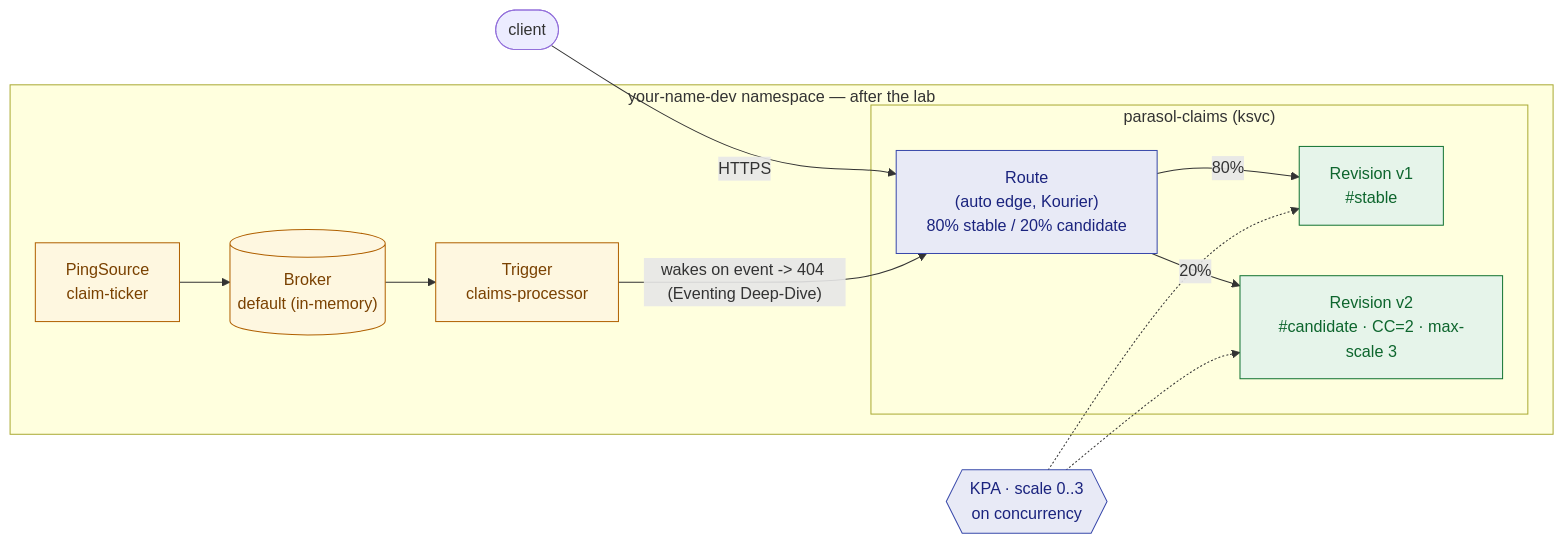
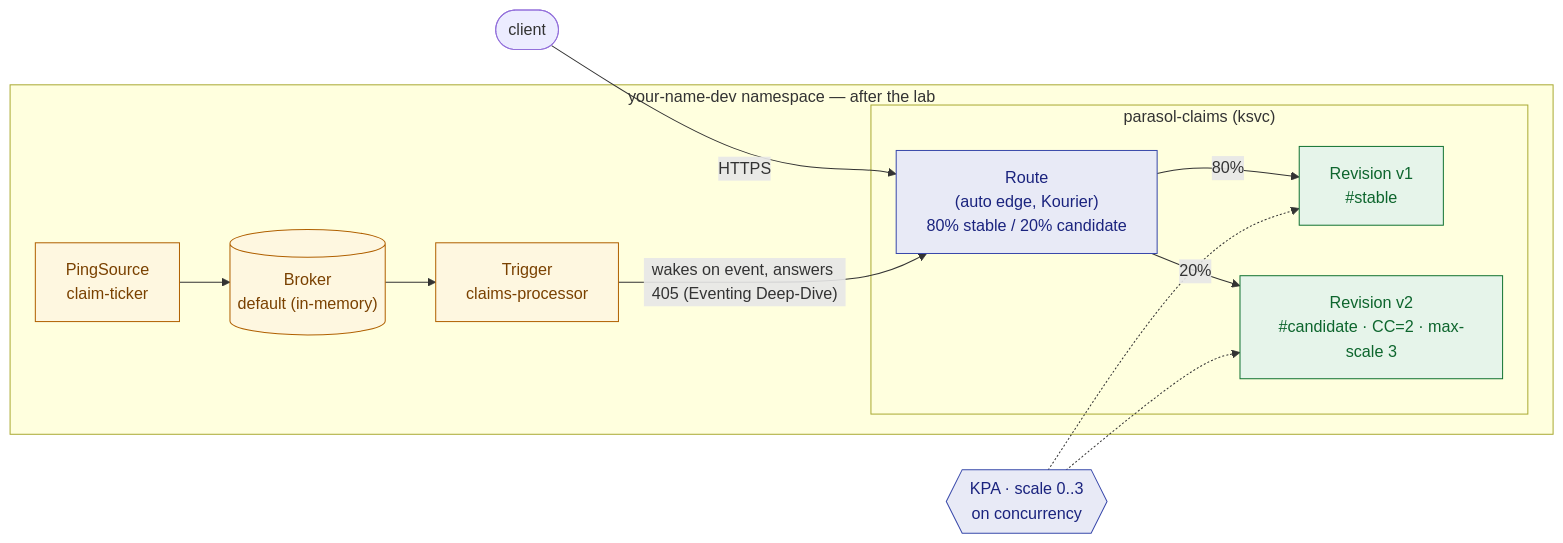
One commit to serhat-dirik/OCP-Getting-Started-Revamped changed the diagram in content/modules/ROOT/examples/diagrams/serverless-zero-to-hero/03-what-you-built.mmd. Above: the diagram before and after it, drawn with Mermaid. The commit also changed 8 other files, not shown here.

First line of the commit message:
feat(serverless-zero-to-hero): engagement pattern — goal-first exercises, act-then-explain, diagrams, checkpoints

```diff
--- a/content/modules/ROOT/examples/diagrams/serverless-zero-to-hero/03-what-you-built.mmd
+++ b/content/modules/ROOT/examples/diagrams/serverless-zero-to-hero/03-what-you-built.mmd
@@ -1,29 +1,29 @@
 %% What you built — Serverless Zero-to-Hero.
 %% The Parasol claims-processor ksvc (Route + Revisions v1/v2) and its eventing taste
 %% (PingSource -> Broker -> Trigger), all living in the attendee namespace after the lab, with
 %% the client and the KPA autoscaler as the two outside actors reaching in.
 %% Resized 2026-08-22: intrinsic 838x745 (h/w 0.89, rendered 900x800 at a fine 1.07x text — no
 %% text-scale problem here). Pure aspect-ratio fix, `graph TB` -> `graph LR`, nothing else
 %% touched: this diagram shares its object vocabulary with the sibling
 %% 01-request-driven-compute.mmd in this same folder, which already uses top-level `graph LR`
 %% (subgraphs inheriting it, no explicit per-subgraph direction) and was not flagged for resize.
 graph LR
   subgraph ns["your-name-dev namespace — after the lab"]
     subgraph ksvc["parasol-claims (ksvc)"]
       route["Route<br/>(auto edge, Kourier)<br/>80% stable / 20% candidate"]
       v1["Revision v1<br/>#stable"]
       v2["Revision v2<br/>#candidate · CC=2 · max-scale 3"]
     end
     ping["PingSource<br/>claim-ticker"] --> broker[("Broker<br/>default (in-memory)")]
     broker --> trig["Trigger<br/>claims-processor"]
   end
   client(["client"]) -->|"HTTPS"| route
   route -->|"80%"| v1
   route -->|"20%"| v2
   kpa{{"KPA · scale 0..3<br/>on concurrency"}} -.-> v1
   kpa -.-> v2
-  trig -->|"wakes on event -> 404 (Eventing Deep-Dive)"| route
+  trig -->|"wakes on event, answers 405 (Eventing Deep-Dive)"| route
   classDef svc fill:#e6f4ea,stroke:#137333,color:#0d652d;
   classDef ctl fill:#e8eaf6,stroke:#3949ab,color:#1a237e;
   classDef evt fill:#fef7e0,stroke:#b06000,color:#7a4100;
   class v1,v2 svc; class route,kpa ctl; class ping,broker,trig evt;
```
